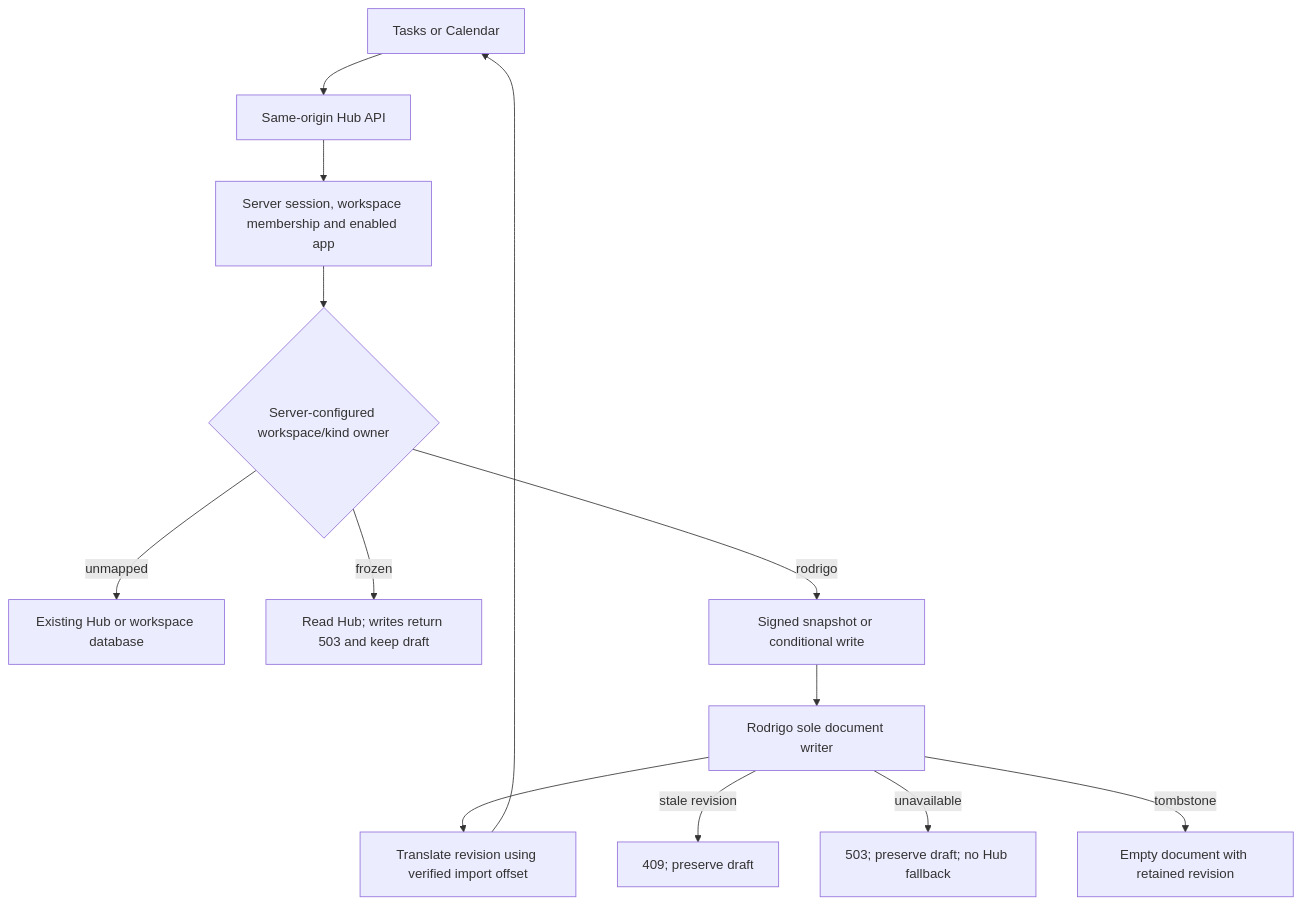
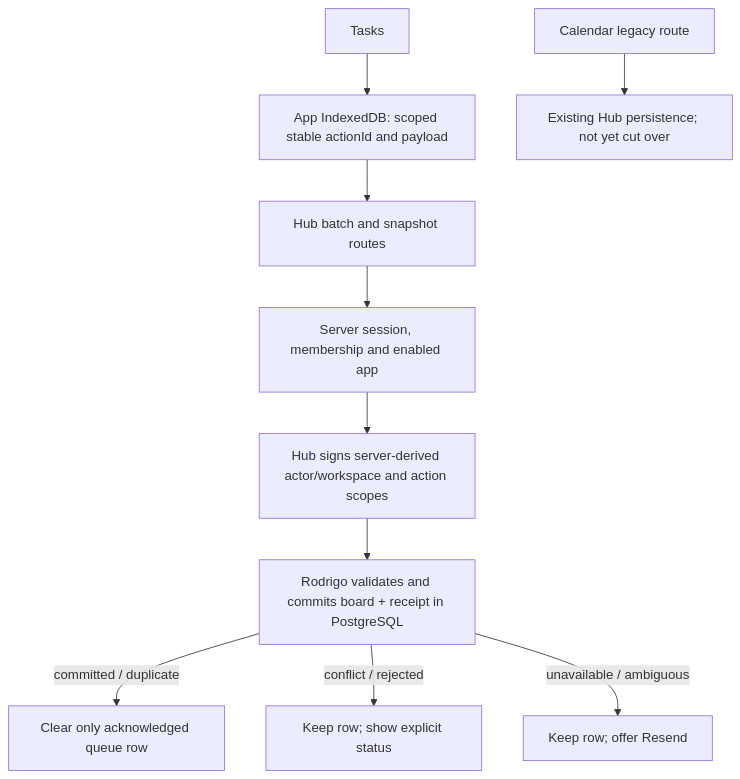
One commit to Adam-Szitas/sorye changed the seventh of 9 diagrams in docs/APP-BEHAVIOR-TREE.md. Above: the diagram before and after it, drawn with Mermaid. The commit also changed other lines of this file and 241 other files, not shown here.

````diff
--- a/docs/APP-BEHAVIOR-TREE.md
+++ b/docs/APP-BEHAVIOR-TREE.md
@@ -165,15 +197,12 @@
 ```mermaid
 flowchart TD
-    UI[Tasks or Calendar] --> API[Same-origin Hub API]
-    API --> Access[Server session, workspace membership and enabled app]
-    Access --> Owner{Server-configured workspace/kind owner}
-    Owner -->|unmapped| Hub[Existing Hub or workspace database]
-    Owner -->|frozen| Freeze[Read Hub; writes return 503 and keep draft]
-    Owner -->|rodrigo| Signed[Signed snapshot or conditional write]
-    Signed --> Rust[Rodrigo sole document writer]
-    Rust --> Rev[Translate revision using verified import offset]
-    Rev --> UI
-    Rust -->|stale revision| Conflict[409; preserve draft]
-    Rust -->|unavailable| Failure[503; preserve draft; no Hub fallback]
-    Rust -->|tombstone| Empty[Empty document with retained revision]
+    UI[Tasks] --> Queue[App IndexedDB: scoped stable actionId and payload]
+    Queue --> API[Hub batch and snapshot routes]
+    API --> Access[Server session, membership and enabled app]
+    Access --> Signed[Hub signs server-derived actor/workspace and action scopes]
+    Signed --> Rust[Rodrigo validates and commits board + receipt in PostgreSQL]
+    Rust -->|committed / duplicate| Ack[Clear only acknowledged queue row]
+    Rust -->|conflict / rejected| Reconcile[Keep row; show explicit status]
+    Rust -->|unavailable / ambiguous| Pending[Keep row; offer Resend]
+    Calendar[Calendar legacy route] --> HubStore[Existing Hub persistence; not yet cut over]
 ```
````
